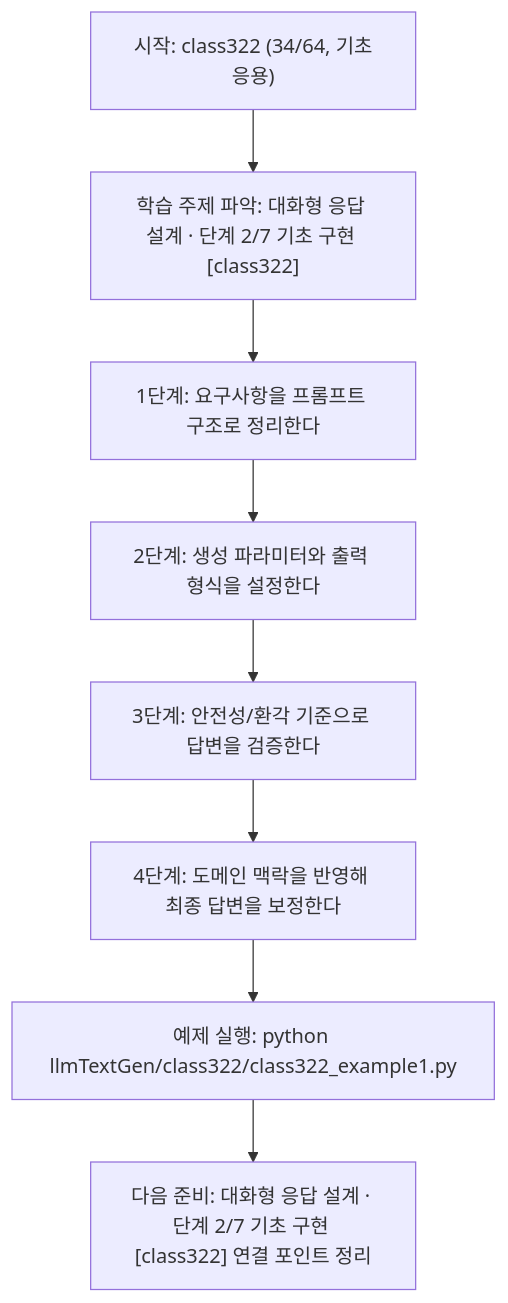
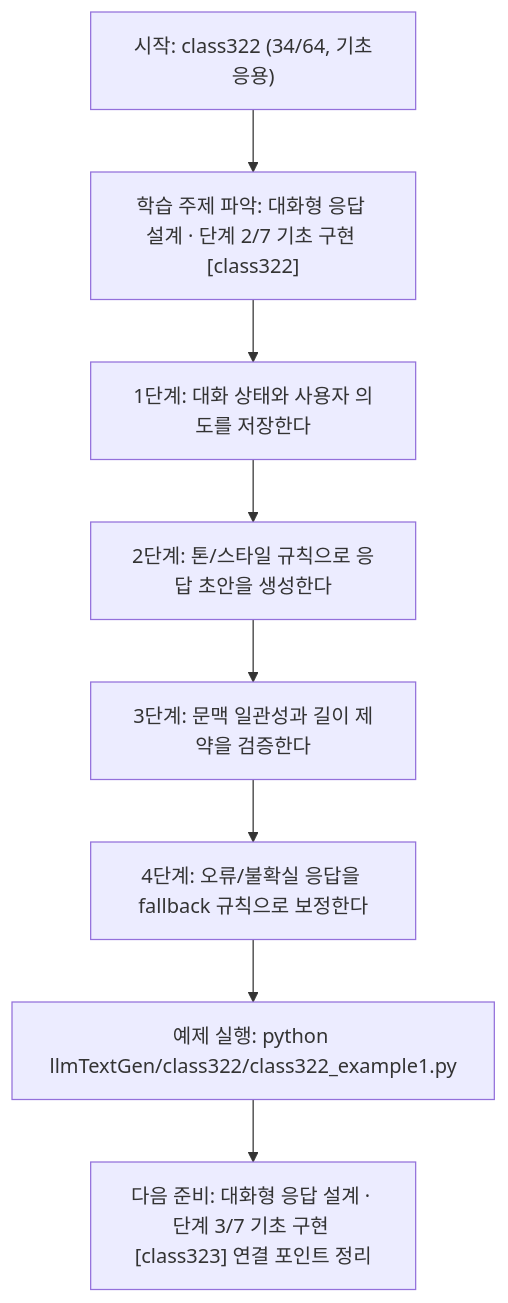
The diagram in llmTextGen/class322/class322.md (edumgt/Python-AI_Agent-Class), drawn with Mermaid before and after one commit. The commit also changed other lines of this file and 451 other files, not shown here.

````diff
--- a/llmTextGen/class322/class322.md
+++ b/llmTextGen/class322/class322.md
@@ -114,18 +95,18 @@
 ```mermaid
 flowchart TD
 N1["시작: class322 (34/64, 기초응용)"]
 N2["학습 주제 파악: 대화형 응답 설계 · 단계 2/7 기초 구현 [class322]"]
-N3["1단계: 요구사항을 프롬프트 구조로 정리한다"]
-N4["2단계: 생성 파라미터와 출력 형식을 설정한다"]
-N5["3단계: 안전성/환각 기준으로 답변을 검증한다"]
-N6["4단계: 도메인 맥락을 반영해 최종 답변을 보정한다"]
+N3["1단계: 대화 상태와 사용자 의도를 저장한다"]
+N4["2단계: 톤/스타일 규칙으로 응답 초안을 생성한다"]
+N5["3단계: 문맥 일관성과 길이 제약을 검증한다"]
+N6["4단계: 오류/불확실 응답을 fallback 규칙으로 보정한다"]
 N7["예제 실행: python llmTextGen/class322/class322_example1.py"]
-N8["다음 준비: 대화형 응답 설계 · 단계 2/7 기초 구현 [class322] 연결 포인트 정리"]
+N8["다음 준비: 대화형 응답 설계 · 단계 3/7 기초 구현 [class323] 연결 포인트 정리"]
 N1 --> N2
 N2 --> N3
 N3 --> N4
 N4 --> N5
 N5 --> N6
 N6 --> N7
 N7 --> N8
 ```
````
